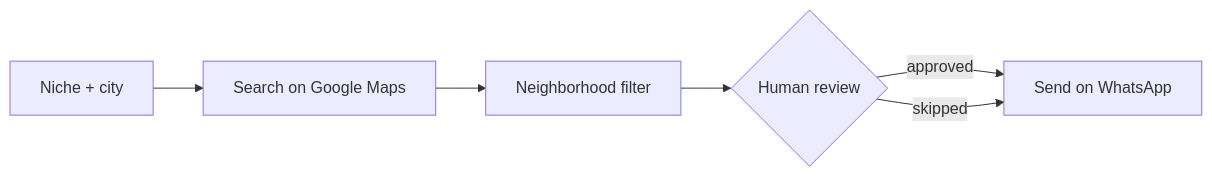
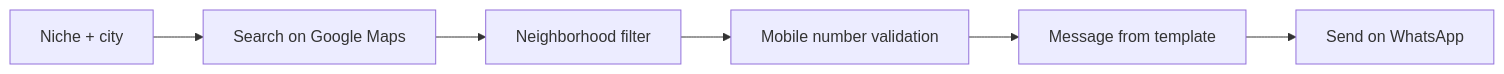
Before and after one commit to Gustavo-Valadares/Gustavo-Valadares: the diagram in README.md, drawn with Mermaid. The commit also changed other lines of this file, not shown here.

````diff
--- a/README.md
+++ b/README.md
@@ -33,8 +33,8 @@
 ```mermaid
 flowchart LR
     A[Niche + city] --> B[Search on Google Maps]
     B --> C[Neighborhood filter]
-    C --> D{Human review}
-    D -->|approved| E[Send on WhatsApp]
-    D -->|skipped| E
+    C --> D[Mobile number validation]
+    D --> E[Message from template]
+    E --> F[Send on WhatsApp]
 ```
````
